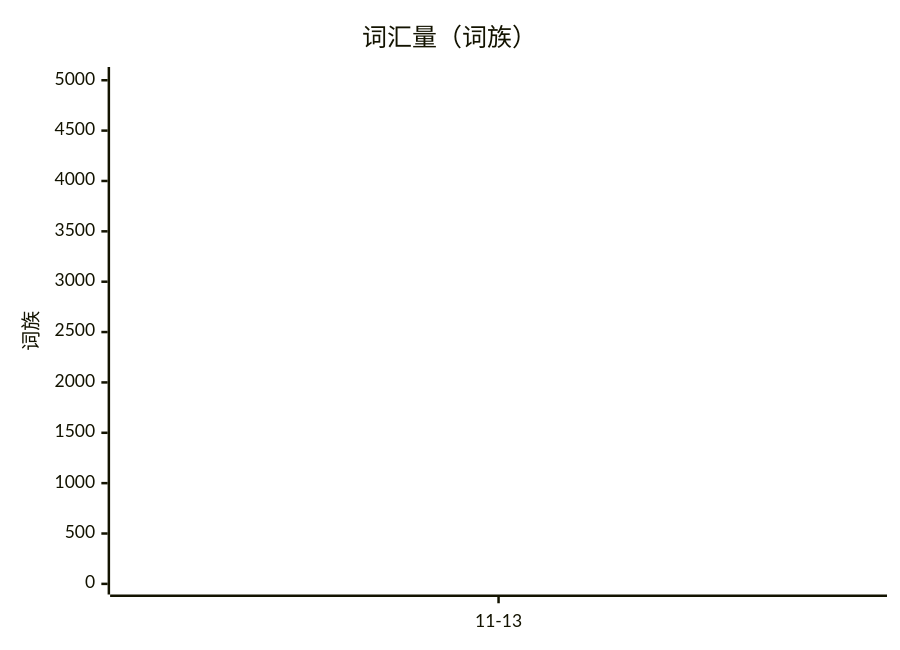
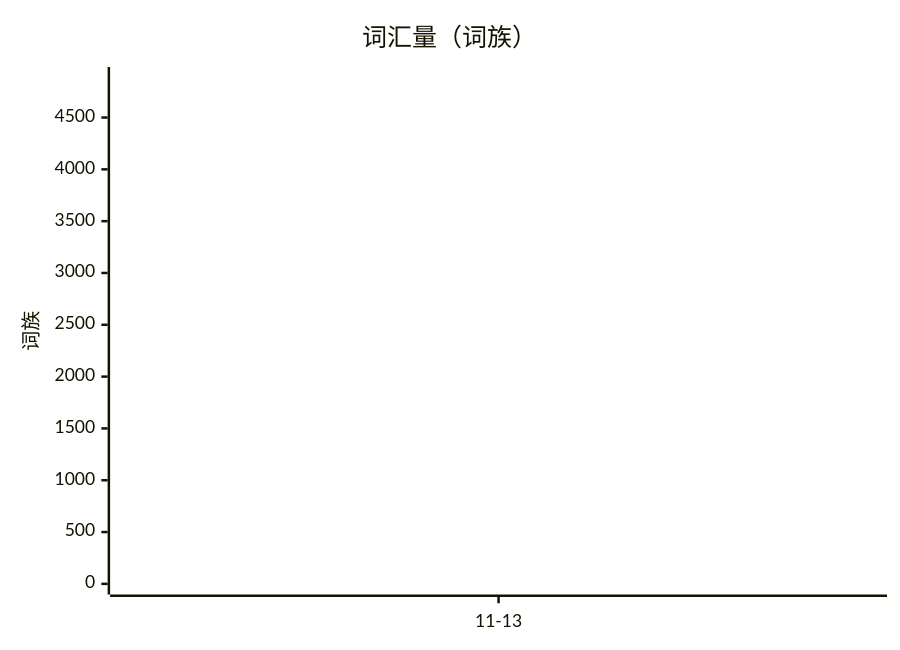
Before and after one commit to Frank-Humingtao/english-profile: the diagram in README.md, drawn with Mermaid. The commit also changed other lines of this file and 4 other files, not shown here.

````diff
--- a/README.md
+++ b/README.md
@@ -9,7 +9,7 @@
 ```mermaid
 xychart-beta
   title "词汇量（词族）"
   x-axis ["11-13"]
-  y-axis "词族" 0 --> 5026
-  line [3767]
+  y-axis "词族" 0 --> 4885
+  line [3832]
 ```
````
